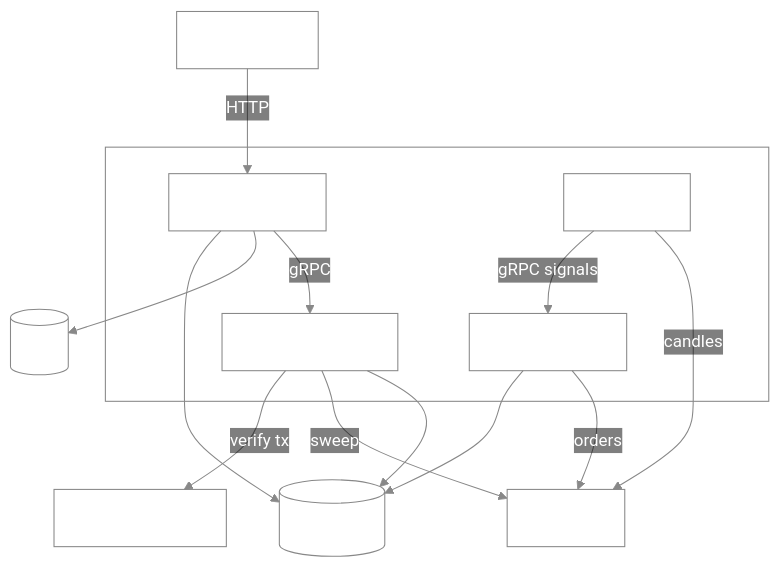
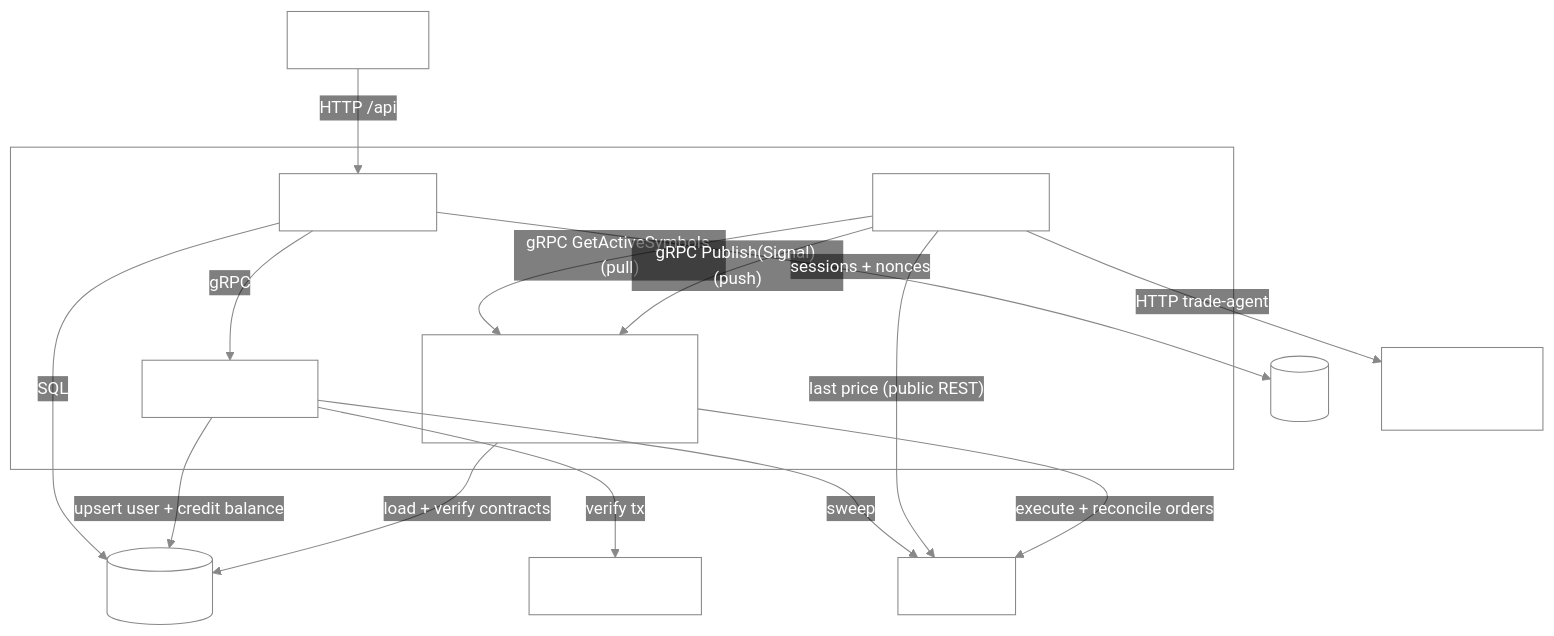
Before and after one commit to N-Choo/CoinBot.v3: the diagram in README.md, drawn with Mermaid. The commit also changed other lines of this file and 181 other files, not shown here.

First line of the commit message:
feat: replaced analyzer with Signal Gateway  (#15)

````diff
--- a/README.md
+++ b/README.md
@@ -24,33 +28,39 @@
 ```mermaid
 %%{init: {"theme":"base","themeVariables":{"clusterBkg":"transparent","clusterBorder":"#888","lineColor":"#888","primaryTextColor":"#fff","tertiaryTextColor":"#fff","edgeLabelBackground":"transparent"}}}%%
 flowchart TB
     classDef plain fill:transparent,stroke:#888,color:#fff;
 
     UI["React SPA"]
 
     subgraph rust["Rust services"]
         GW["api_gateway"]
         DW["deposit-worker"]
-        TE["trade-engine"]
-        SA["analyzer"]
+        TE["trade-engine<br/>(gRPC server: EngineService)"]
+        SG["signal-gateway"]
     end
 
     DB[("PostgreSQL")]
     RD[("Redis")]
     ETH["Ethereum RPC"]
     KC["KuCoin"]
+    OC["opencode<br/>(trade-agent)"]
 
-    UI -->|"HTTP"| GW
-    GW --> DB
-    GW --> RD
+    UI -->|"HTTP /api"| GW
+    GW -->|"SQL"| DB
     GW -->|"gRPC"| DW
     DW -->|"verify tx"| ETH
     DW -->|"sweep"| KC
-    DW --> DB
-    SA -->|"gRPC signals"| TE
-    SA -->|"candles"| KC
-    TE --> DB
-    TE -->|"orders"| KC
+    DW -->|"upsert user + credit balance"| DB
 
-    class UI,GW,DW,TE,SA,DB,RD,ETH,KC plain;
+    SG -->|"gRPC GetActiveSymbols (pull)"| TE
+    SG -->|"gRPC Publish(Signal) (push)"| TE
+    SG -->|"HTTP trade-agent"| OC
+    SG -->|"last price (public REST)"| KC
+
+    GW -->|"sessions + nonces"| RD
+
+    TE -->|"load + verify contracts"| DB
+    TE -->|"execute + reconcile orders"| KC
+
+    class UI,GW,DW,TE,SG,OC,DB,RD,ETH,KC plain;
 ```
````
